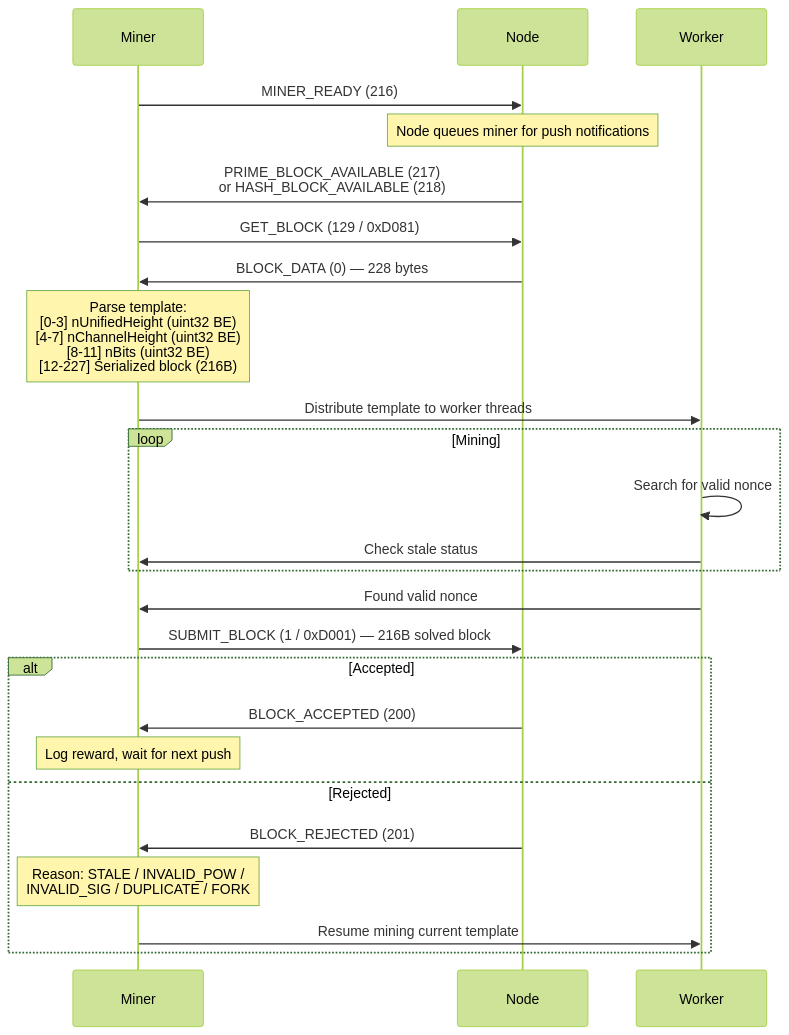
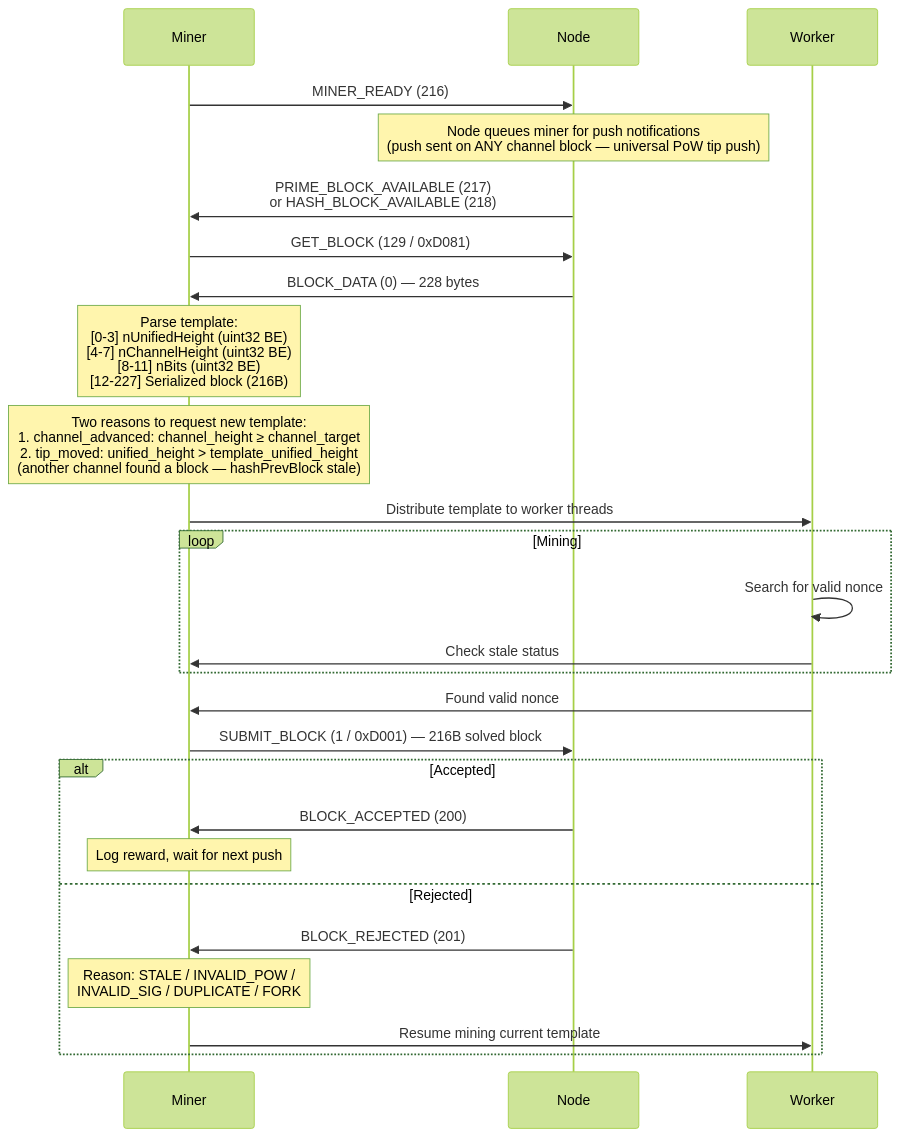
Before and after one commit to NamecoinGithub/NexusMiner: the first of 2 diagrams in docs/diagrams/mining-loops/template-lifecycle.md, drawn with Mermaid (forest theme). The commit also changed 9 other files, not shown here.

Commit message:
Docs: Align NexusMiner docs/diagrams with unified tip anchoring and tip_moved refresh

````diff
--- a/docs/diagrams/mining-loops/template-lifecycle.md
+++ b/docs/diagrams/mining-loops/template-lifecycle.md
@@ -5,34 +5,36 @@
 ```mermaid
 sequenceDiagram
     participant Miner
     participant Node
     participant Worker
 
     Miner->>Node: MINER_READY (216)
-    Note over Node: Node queues miner for push notifications
+    Note over Node: Node queues miner for push notifications<br/>(push sent on ANY channel block — universal PoW tip push)
 
     Node->>Miner: PRIME_BLOCK_AVAILABLE (217)<br/>or HASH_BLOCK_AVAILABLE (218)
     Miner->>Node: GET_BLOCK (129 / 0xD081)
     Node->>Miner: BLOCK_DATA (0) — 228 bytes
 
     Note over Miner: Parse template:<br/>[0-3] nUnifiedHeight (uint32 BE)<br/>[4-7] nChannelHeight (uint32 BE)<br/>[8-11] nBits (uint32 BE)<br/>[12-227] Serialized block (216B)
+
+    Note over Miner: Two reasons to request new template:<br/>1. channel_advanced: channel_height ≥ channel_target<br/>2. tip_moved: unified_height > template_unified_height<br/>(another channel found a block — hashPrevBlock stale)
 
     Miner->>Worker: Distribute template to worker threads
 
     loop Mining
         Worker->>Worker: Search for valid nonce
         Worker->>Miner: Check stale status
     end
 
     Worker->>Miner: Found valid nonce
     Miner->>Node: SUBMIT_BLOCK (1 / 0xD001) — 216B solved block
 
     alt Accepted
         Node->>Miner: BLOCK_ACCEPTED (200)
         Note over Miner: Log reward, wait for next push
     else Rejected
         Node->>Miner: BLOCK_REJECTED (201)
         Note over Miner: Reason: STALE / INVALID_POW /<br/>INVALID_SIG / DUPLICATE / FORK
         Miner->>Worker: Resume mining current template
     end
 ```
````
